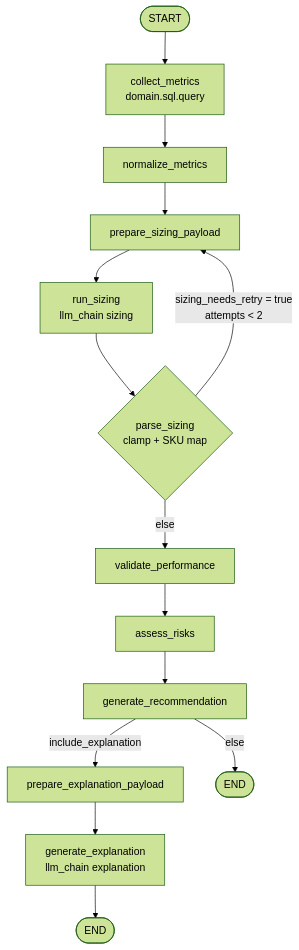
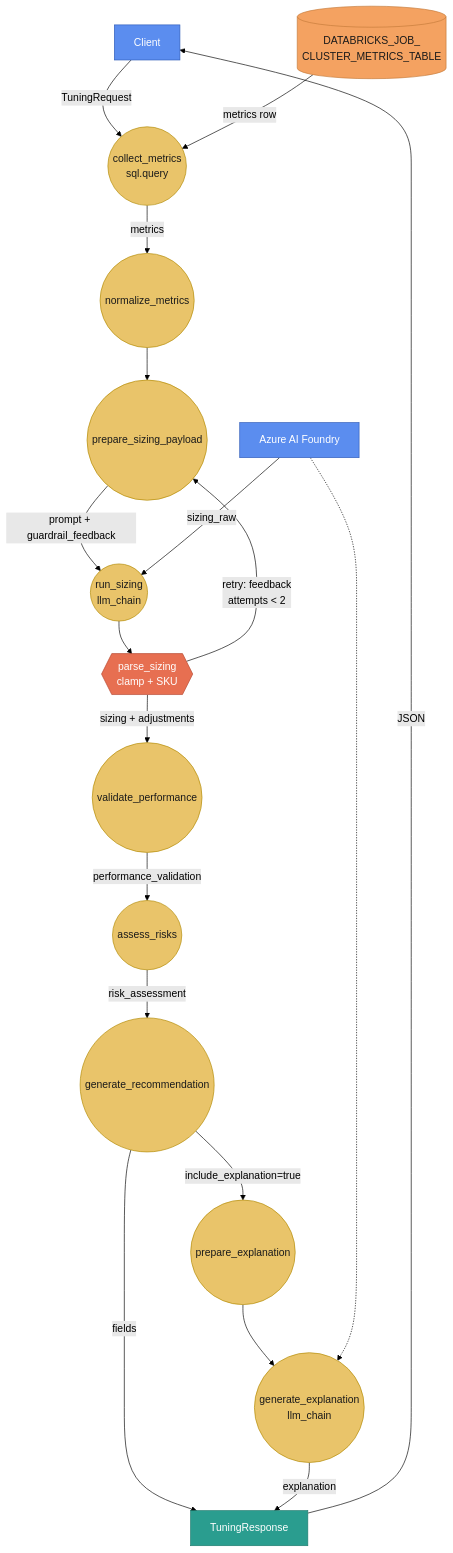
The first of 2 diagrams in docs/domain/cluster-tuning-agent.md (sabbineni07/edim-dde-domain), drawn with Mermaid (forest theme) before and after one commit. The commit also changed other lines of this file and 2 other files, not shown here.

Commit message:
Mermaid flowchart DFD-style flow diagrams

````diff
--- a/docs/domain/cluster-tuning-agent.md
+++ b/docs/domain/cluster-tuning-agent.md
@@ -72,20 +74,40 @@
 ```mermaid
 flowchart TB
-  START([START]) --> collect_metrics
-  collect_metrics["collect_metrics<br/>domain.sql.query"]
-  collect_metrics --> normalize_metrics
-  normalize_metrics --> prepare_sizing_payload
-  prepare_sizing_payload --> run_sizing
-  run_sizing["run_sizing<br/>llm_chain sizing"]
-  run_sizing --> parse_sizing
-  parse_sizing{"parse_sizing<br/>clamp + SKU map"}
-  parse_sizing -->|sizing_needs_retry = true<br/>attempts &lt; 2| prepare_sizing_payload
-  parse_sizing -->|else| validate_performance
-  validate_performance --> assess_risks
-  assess_risks --> generate_recommendation
-  generate_recommendation -->|include_explanation| prepare_explanation_payload
-  generate_recommendation -->|else| END1([END])
-  prepare_explanation_payload --> generate_explanation
-  generate_explanation["generate_explanation<br/>llm_chain explanation"]
-  generate_explanation --> END2([END])
+  classDef external fill:#5B8DEF,stroke:#2F5BB7,color:#fff
+  classDef store fill:#F4A261,stroke:#C47A3A,color:#1a1a1a
+  classDef process fill:#E9C46A,stroke:#B08900,color:#1a1a1a
+  classDef decide fill:#E76F51,stroke:#B54A32,color:#fff
+  classDef out fill:#2A9D8F,stroke:#1F7A6E,color:#fff
+
+  Client[Client]:::external
+  UC[(DATABRICKS_JOB_<br/>CLUSTER_METRICS_TABLE)]:::store
+  Foundry[Azure AI Foundry]:::external
+  DTO[TuningResponse]:::out
+
+  CM((collect_metrics<br/>sql.query)):::process
+  NM((normalize_metrics)):::process
+  Prep((prepare_sizing_payload)):::process
+  Run((run_sizing<br/>llm_chain)):::process
+  Parse{{parse_sizing<br/>clamp + SKU}}:::decide
+  Perf((validate_performance)):::process
+  Risk((assess_risks)):::process
+  Gen((generate_recommendation)):::process
+  PrepE((prepare_explanation)):::process
+  Expl((generate_explanation<br/>llm_chain)):::process
+
+  Client -->|TuningRequest| CM
+  UC -->|metrics row| CM
+  CM -->|metrics| NM --> Prep
+  Prep -->|prompt + guardrail_feedback| Run
+  Foundry -->|sizing_raw| Run
+  Run --> Parse
+  Parse -->|retry: feedback<br/>attempts &lt; 2| Prep
+  Parse -->|sizing + adjustments| Perf
+  Perf -->|performance_validation| Risk
+  Risk -->|risk_assessment| Gen
+  Gen -->|include_explanation=true| PrepE --> Expl
+  Foundry -.-> Expl
+  Gen -->|fields| DTO
+  Expl -->|explanation| DTO
+  DTO -->|JSON| Client
 ```
````
